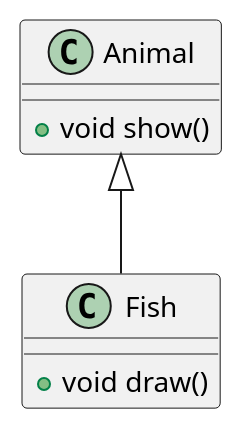
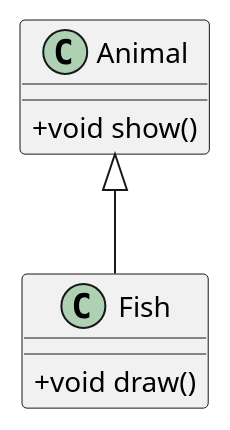
One commit to rewls/rewls.github.io changed the fourth of 11 diagrams in docs/02-school-lecture/06-java-programming/ch10-object-oriented-programming-polymorphism-and-interface.md. Above: the diagram before and after it, drawn with PlantUML. The commit also changed other lines of this file and 11 other files, not shown here.

```diff
--- a/docs/02-school-lecture/06-java-programming/ch10-object-oriented-programming-polymorphism-and-interface.md
+++ b/docs/02-school-lecture/06-java-programming/ch10-object-oriented-programming-polymorphism-and-interface.md
@@ -187,10 +188,11 @@
-@startuml 10-class-diagram-3
+@startuml 10-class-diagram-4
+skinparam classAttributeIconSize 0
 class Animal {
 	+ void show()
 }
 class Fish {
 	+ void draw()
 }
 
 Fish -u-|> Animal
 @enduml
```
